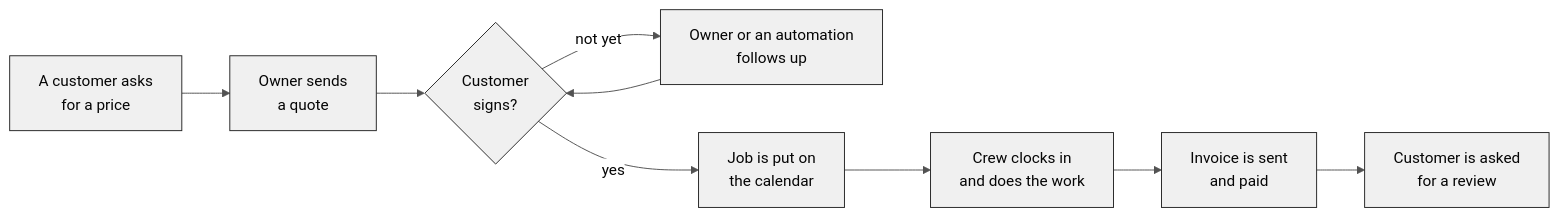
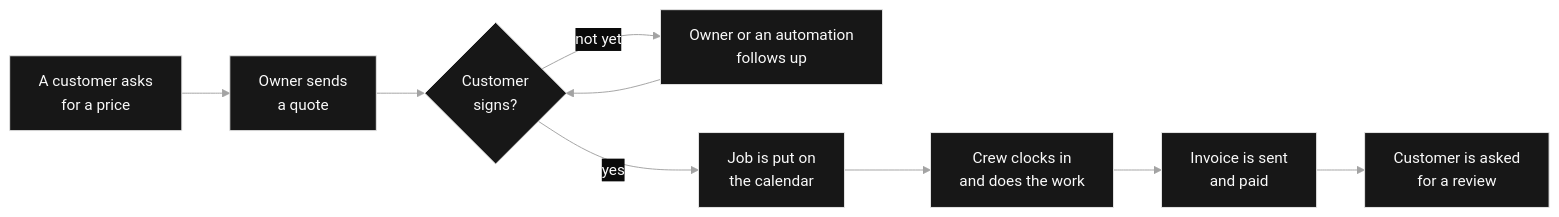
The first of 4 diagrams in README.md (F0rger123/ultimate-crm-template), drawn with Mermaid before and after one commit. The commit also changed other lines of this file and 2 other files, not shown here.

````diff
--- a/README.md
+++ b/README.md
@@ -87,11 +87,11 @@
 ```mermaid
-%%{init: {'theme':'base','themeVariables':{'primaryColor':'#f0f0f0','primaryTextColor':'#050505','primaryBorderColor':'#262626','lineColor':'#525252','secondaryColor':'#ffffff','tertiaryColor':'#f7f7f8','clusterBkg':'transparent','clusterBorder':'#262626','noteBkgColor':'#ffffff','noteTextColor':'#050505','actorBkg':'#f0f0f0','actorTextColor':'#050505','actorBorder':'#262626','signalColor':'#525252','signalTextColor':'#525252','labelBoxBkgColor':'#f0f0f0','fontFamily':'inherit'}}}%%
+%%{init: {'theme':'base','themeVariables':{'primaryColor':'#171717','primaryTextColor':'#fafafa','primaryBorderColor':'#e5e5e5','lineColor':'#a3a3a3','secondaryColor':'#0a0a0a','tertiaryColor':'#262626','clusterBkg':'transparent','clusterBorder':'#e5e5e5','noteBkgColor':'#0a0a0a','noteTextColor':'#fafafa','actorBkg':'#171717','actorTextColor':'#fafafa','actorBorder':'#e5e5e5','signalColor':'#a3a3a3','signalTextColor':'#a3a3a3','labelBoxBkgColor':'#171717','fontFamily':'inherit'}}}%%
 flowchart LR
     A["A customer asks<br/>for a price"] --> B["Owner sends<br/>a quote"]
     B --> C{"Customer<br/>signs?"}
     C -->|not yet| D["Owner or an automation<br/>follows up"] --> C
     C -->|yes| E["Job is put on<br/>the calendar"]
     E --> F["Crew clocks in<br/>and does the work"]
     F --> G["Invoice is sent<br/>and paid"]
     G --> H["Customer is asked<br/>for a review"]
 ```
````
